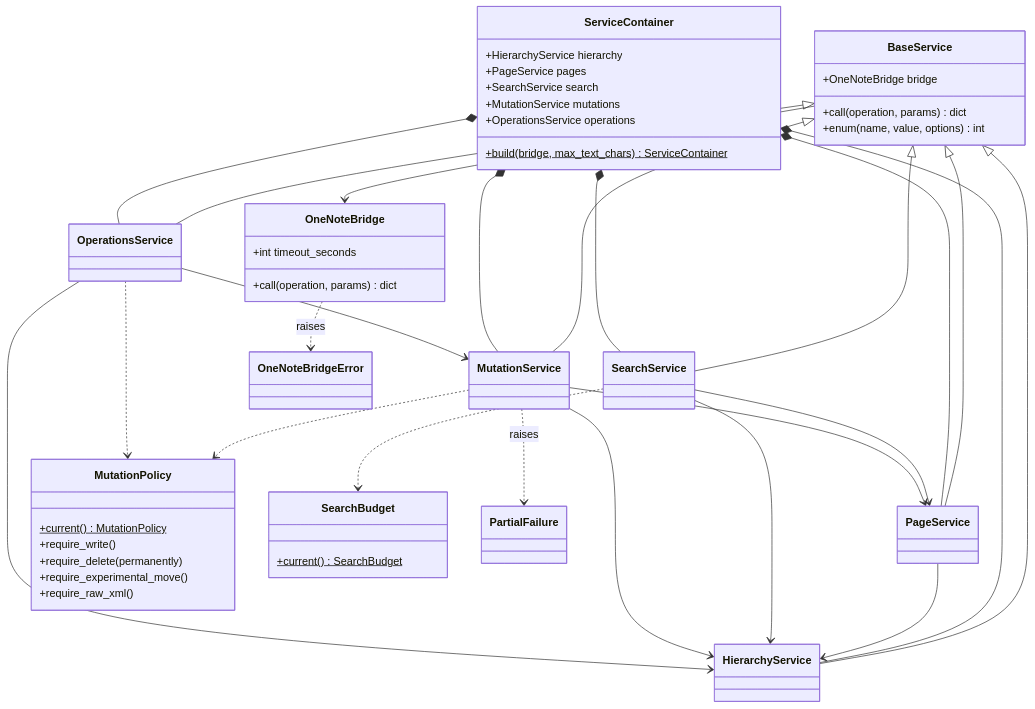
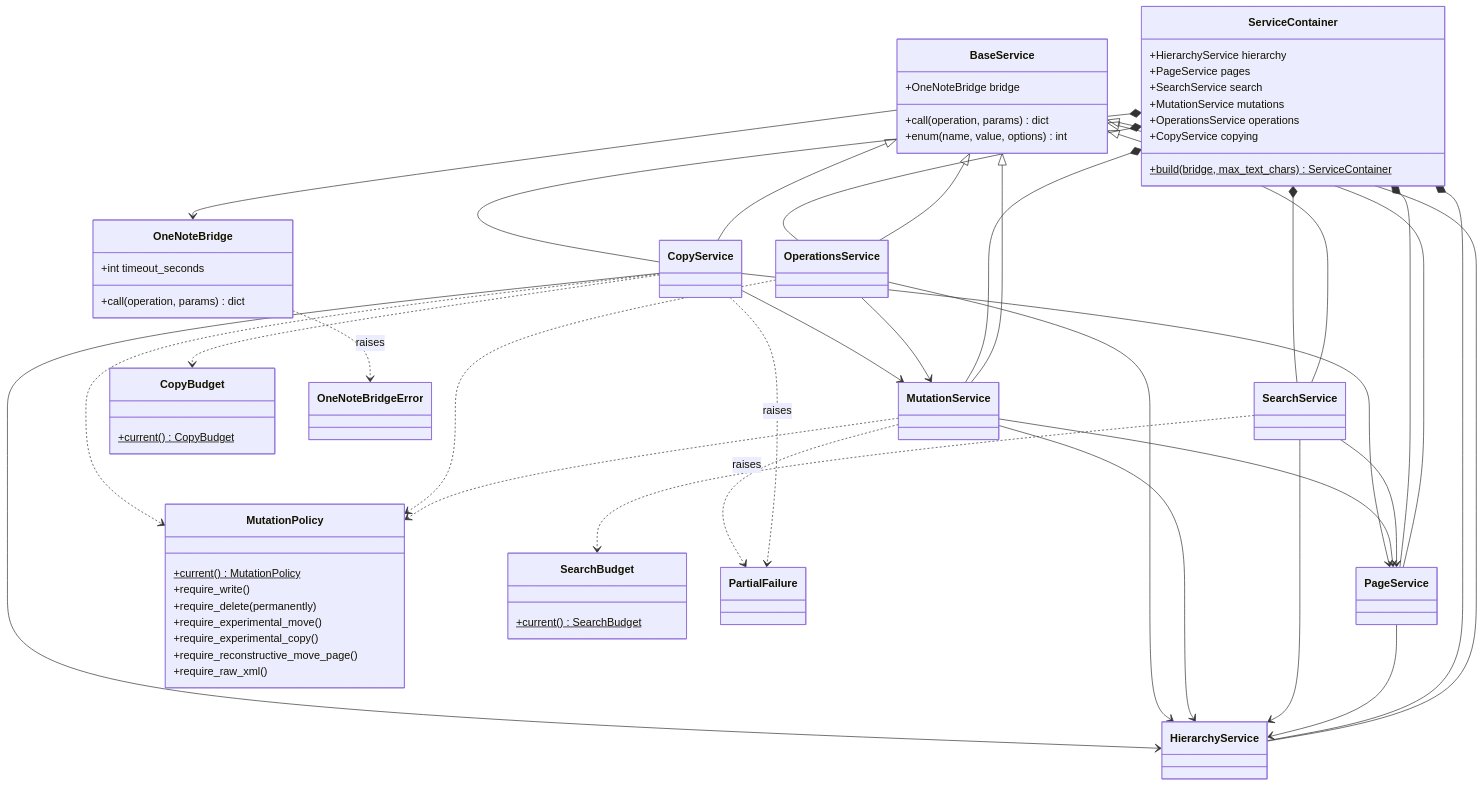
Before and after one commit to Kaomsos/onenote-com-mcp: the second of 6 diagrams in docs/design/architecture.md, drawn with Mermaid. The commit also changed other lines of this file and 8 other files, not shown here.

````diff
--- a/docs/design/architecture.md
+++ b/docs/design/architecture.md
@@ -94,61 +96,76 @@
 ```mermaid
 classDiagram
     class ServiceContainer {
         +HierarchyService hierarchy
         +PageService pages
         +SearchService search
         +MutationService mutations
         +OperationsService operations
+        +CopyService copying
         +build(bridge, max_text_chars)$ ServiceContainer
     }
     class BaseService {
         +OneNoteBridge bridge
         +call(operation, params) dict
         +enum(name, value, options) int
     }
     class HierarchyService
     class PageService
     class SearchService
     class MutationService
     class OperationsService
+    class CopyService
     class OneNoteBridge {
         +int timeout_seconds
         +call(operation, params) dict
     }
     class MutationPolicy {
         +current()$ MutationPolicy
         +require_write()
         +require_delete(permanently)
         +require_experimental_move()
+        +require_experimental_copy()
+        +require_reconstructive_move_page()
         +require_raw_xml()
     }
     class SearchBudget {
         +current()$ SearchBudget
+    }
+    class CopyBudget {
+        +current()$ CopyBudget
     }
     class PartialFailure
     class OneNoteBridgeError
 
     BaseService <|-- HierarchyService
     BaseService <|-- PageService
     BaseService <|-- SearchService
     BaseService <|-- MutationService
     BaseService <|-- OperationsService
+    BaseService <|-- CopyService
     ServiceContainer *-- HierarchyService
     ServiceContainer *-- PageService
     ServiceContainer *-- SearchService
     ServiceContainer *-- MutationService
     ServiceContainer *-- OperationsService
+    ServiceContainer *-- CopyService
     PageService --> HierarchyService
     SearchService --> HierarchyService
     SearchService --> PageService
     MutationService --> HierarchyService
     MutationService --> PageService
     OperationsService --> HierarchyService
     OperationsService --> MutationService
+    CopyService --> HierarchyService
+    CopyService --> PageService
+    CopyService --> MutationService
     BaseService --> OneNoteBridge
     MutationService ..> MutationPolicy
     OperationsService ..> MutationPolicy
     SearchService ..> SearchBudget
+    CopyService ..> MutationPolicy
+    CopyService ..> CopyBudget
+    CopyService ..> PartialFailure : raises
     MutationService ..> PartialFailure : raises
     OneNoteBridge ..> OneNoteBridgeError : raises
 ```
````
